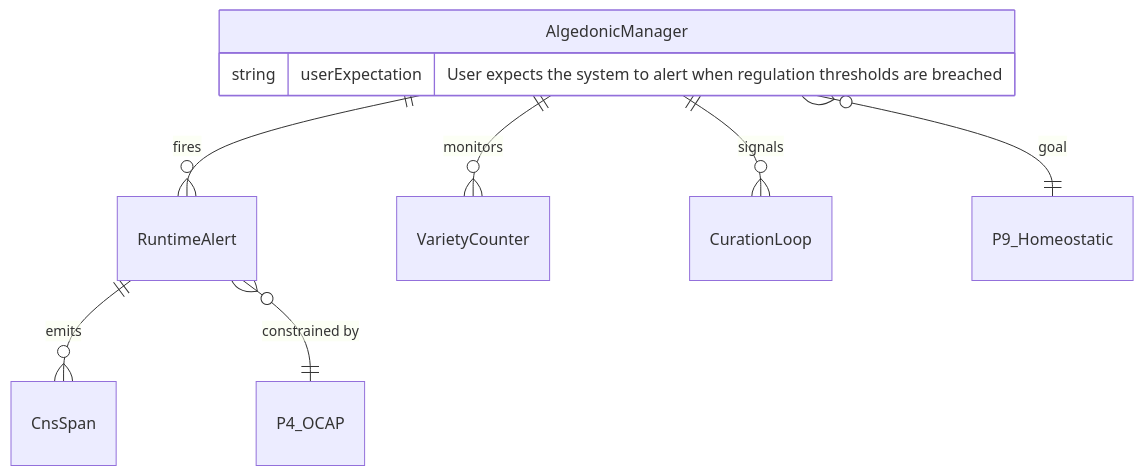
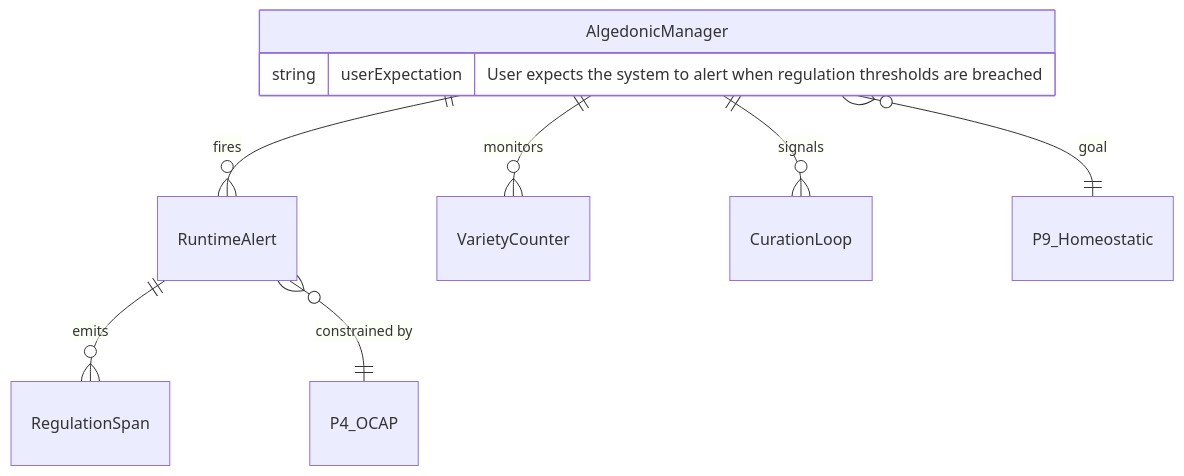
The fourth of 14 diagrams in docs/architecture/core/FUNCTIONAL_SPECIFICATION.md (mdz-axo/hKask), drawn with Mermaid before and after one commit. The commit also changed other lines of this file and 35 other files, not shown here.

First line of the commit message:
document update - name change cns to regulationRename CNS types to regulation terminology in docs

````diff
--- a/docs/architecture/core/FUNCTIONAL_SPECIFICATION.md
+++ b/docs/architecture/core/FUNCTIONAL_SPECIFICATION.md
@@ -381,12 +381,12 @@
 ```mermaid
 erDiagram
     AlgedonicManager ||--o{ RuntimeAlert : "fires"
     AlgedonicManager ||--o{ VarietyCounter : "monitors"
     AlgedonicManager ||--o{ CurationLoop : "signals"
-    RuntimeAlert ||--o{ CnsSpan : "emits"
+    RuntimeAlert ||--o{ RegulationSpan : "emits"
     AlgedonicManager }o--|| P9_Homeostatic : "goal"
     RuntimeAlert }o--|| P4_OCAP : "constrained by"
     AlgedonicManager {
         string userExpectation "User expects the system to alert when regulation thresholds are breached"
     }
 ```
````
